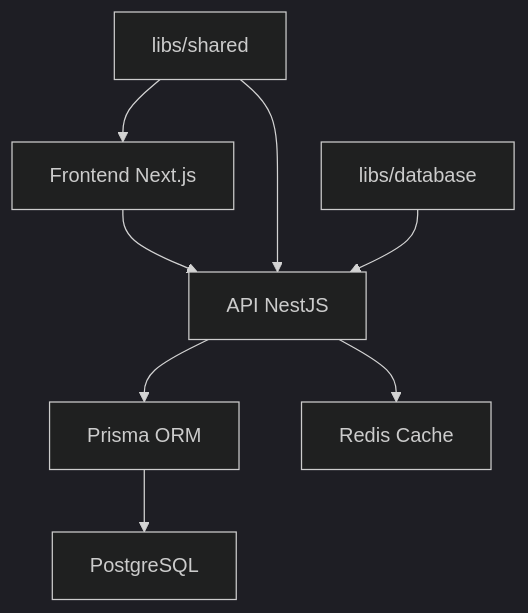
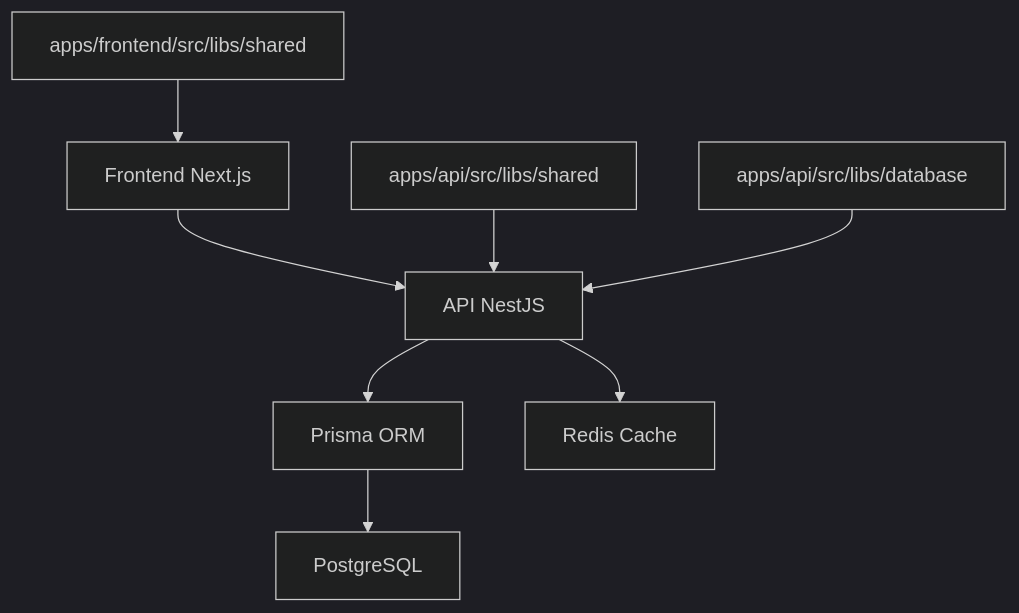
One commit to thiagoltavares/local-classifieds changed the diagram in docs/ARCHITECTURE.md. Above: the diagram before and after it, drawn with Mermaid (dark theme). The commit also changed other lines of this file and 38 other files, not shown here.

First line of the commit message:
refactor: restructure monorepo to eliminate shared libs between apps

````diff
--- a/docs/ARCHITECTURE.md
+++ b/docs/ARCHITECTURE.md
@@ -123,11 +115,11 @@
 ```mermaid
 graph TB
     A[Frontend Next.js] --> B[API NestJS]
     B --> C[Prisma ORM]
     C --> D[PostgreSQL]
     B --> E[Redis Cache]
 
-    F[libs/shared] --> A
-    F --> B
-    G[libs/database] --> B
+    F[apps/frontend/src/libs/shared] --> A
+    G[apps/api/src/libs/shared] --> B
+    H[apps/api/src/libs/database] --> B
 ```
````
